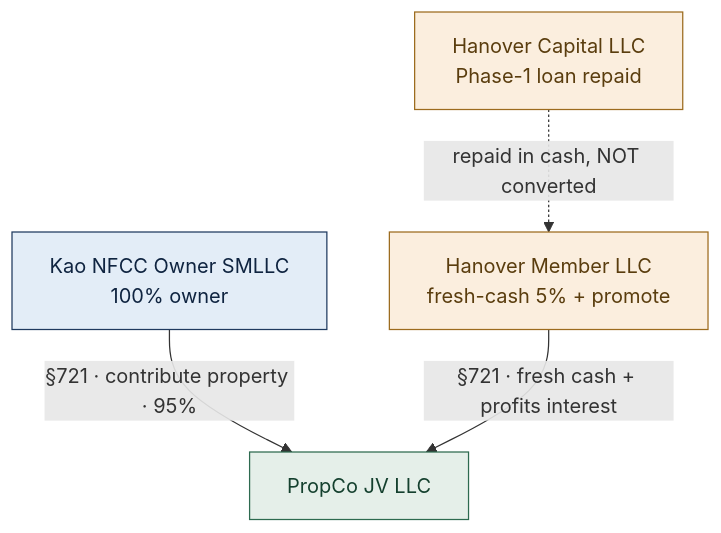
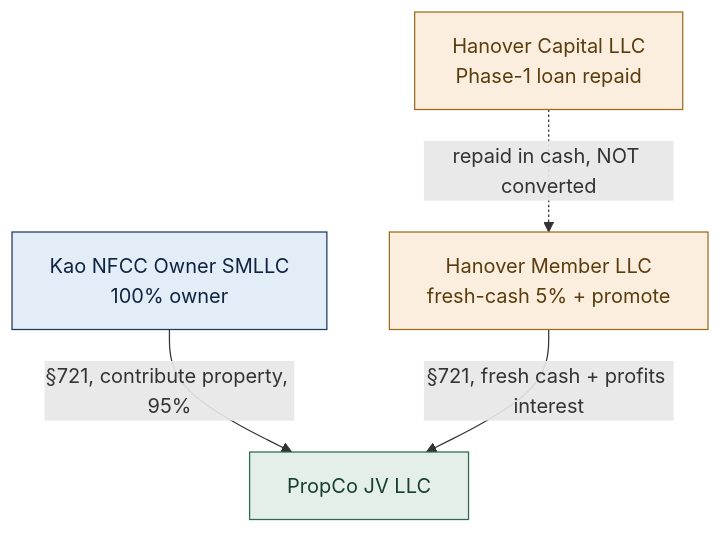
One commit to EthanCow/North-Forsyth-1031-Diagrams changed the sixth of 10 diagrams in North_Forsyth_1031_Diagrams.md. Above: the diagram before and after it, drawn with Mermaid. The commit also changed other lines of this file and 1 other file, not shown here.

````diff
--- a/North_Forsyth_1031_Diagrams.md
+++ b/North_Forsyth_1031_Diagrams.md
@@ -464,13 +463,13 @@
 ```mermaid
 flowchart TB
   LLC["Kao NFCC Owner SMLLC\n100% owner"]:::kao
   JV["PropCo JV LLC"]:::asset
   H["Hanover Member LLC\nfresh-cash 5% + promote"]:::han
   HL["Hanover Capital LLC\nPhase-1 loan repaid"]:::han
-  LLC -->|"§721 · contribute property · 95%"| JV
-  H -->|"§721 · fresh cash + profits interest"| JV
+  LLC -->|"§721, contribute property, 95%"| JV
+  H -->|"§721, fresh cash + profits interest"| JV
   HL -.->|"repaid in cash, NOT converted"| H
   classDef kao fill:#e3edf7,stroke:#1f3a5f,color:#0f2440;
   classDef han fill:#fbeede,stroke:#9c6b1e,color:#5a3d0e;
   classDef asset fill:#e5efe9,stroke:#2d6a4f,color:#14402e;
 ```
````
